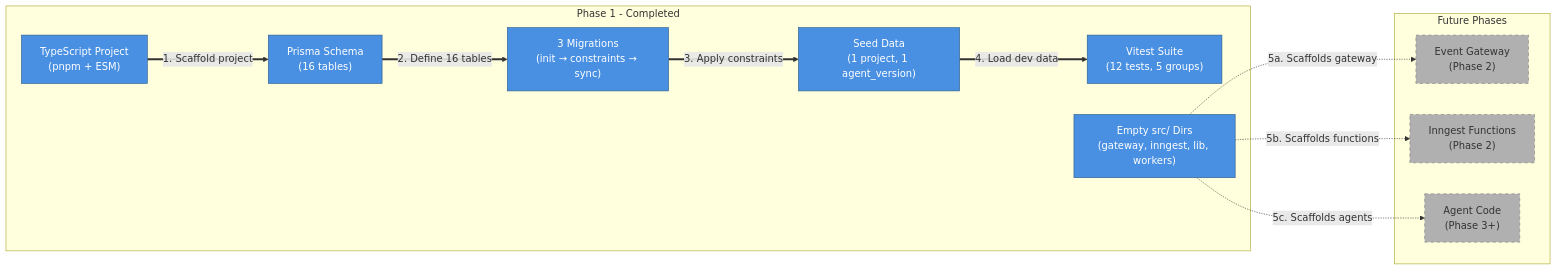
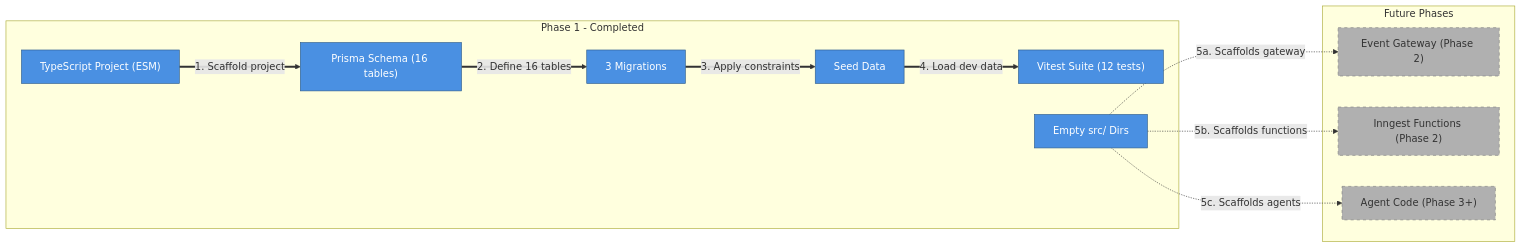
One commit to viiqswim/dozaldevs-ai-employee changed the first of 6 diagrams in docs/2026-03-26-1511-phase1-foundation.md. Above: the diagram before and after it, drawn with Mermaid. The commit also changed other lines of this file, not shown here.

Commit message:
docs: remove \n from all mermaid node labels in phase1 doc

````diff
--- a/docs/2026-03-26-1511-phase1-foundation.md
+++ b/docs/2026-03-26-1511-phase1-foundation.md
@@ -11,28 +11,28 @@
 ```mermaid
 flowchart LR
     subgraph Phase 1 - Completed
-        TS["TypeScript Project\n(pnpm + ESM)"]:::service
-        SCHEMA["Prisma Schema\n(16 tables)"]:::service
-        MIG["3 Migrations\n(init → constraints → sync)"]:::service
-        SEED["Seed Data\n(1 project, 1 agent_version)"]:::service
-        TESTS["Vitest Suite\n(12 tests, 5 groups)"]:::service
-        DIRS["Empty src/ Dirs\n(gateway, inngest, lib, workers)"]:::service
+        TS["TypeScript Project (ESM)"]:::service
+        SCHEMA["Prisma Schema (16 tables)"]:::service
+        MIG["3 Migrations"]:::service
+        SEED["Seed Data"]:::service
+        TESTS["Vitest Suite (12 tests)"]:::service
+        DIRS["Empty src/ Dirs"]:::service
     end
 
     subgraph Future Phases
-        GW["Event Gateway\n(Phase 2)"]:::future
-        ING["Inngest Functions\n(Phase 2)"]:::future
-        AGT["Agent Code\n(Phase 3+)"]:::future
+        GW["Event Gateway (Phase 2)"]:::future
+        ING["Inngest Functions (Phase 2)"]:::future
+        AGT["Agent Code (Phase 3+)"]:::future
     end
 
     TS ==>|"1. Scaffold project"| SCHEMA
     SCHEMA ==>|"2. Define 16 tables"| MIG
     MIG ==>|"3. Apply constraints"| SEED
     SEED ==>|"4. Load dev data"| TESTS
     DIRS -.->|"5a. Scaffolds gateway"| GW
     DIRS -.->|"5b. Scaffolds functions"| ING
     DIRS -.->|"5c. Scaffolds agents"| AGT
 
     classDef service fill:#4A90E2,stroke:#2E5C8A,color:#fff
     classDef future fill:#B0B0B0,stroke:#808080,color:#333,stroke-dasharray:5
 ```
````
